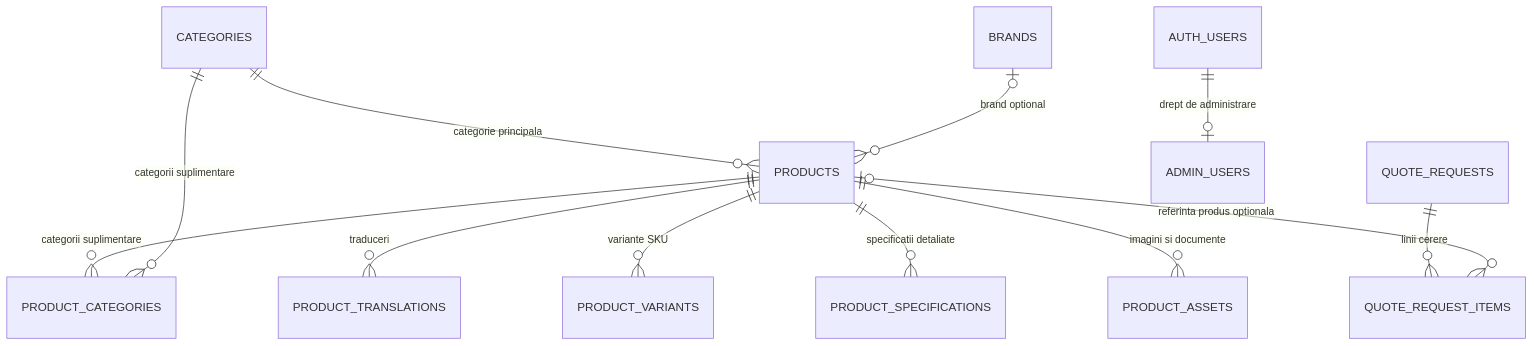
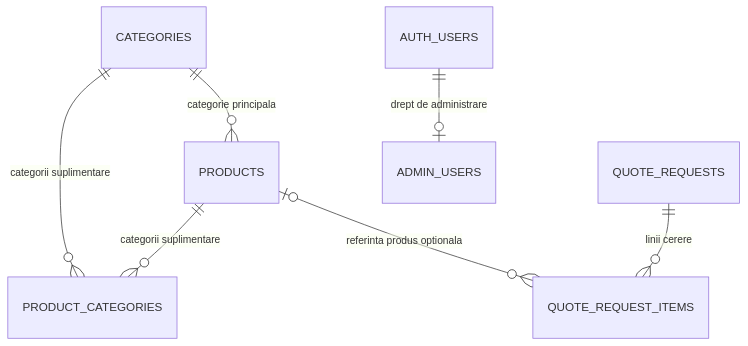
Before and after one commit to alin1948s/mondo-romania: the diagram in docs/data-model.md, drawn with Mermaid. The commit also changed other lines of this file and 5 other files, not shown here.

Commit message:
Simplify catalog database schema

````diff
--- a/docs/data-model.md
+++ b/docs/data-model.md
@@ -5,14 +5,9 @@
 ```mermaid
 erDiagram
   CATEGORIES ||--o{ PRODUCTS : "categorie principala"
   PRODUCTS ||--o{ PRODUCT_CATEGORIES : "categorii suplimentare"
   CATEGORIES ||--o{ PRODUCT_CATEGORIES : "categorii suplimentare"
-  BRANDS o|--o{ PRODUCTS : "brand optional"
-  PRODUCTS ||--o{ PRODUCT_TRANSLATIONS : "traduceri"
-  PRODUCTS ||--o{ PRODUCT_VARIANTS : "variante SKU"
-  PRODUCTS ||--o{ PRODUCT_SPECIFICATIONS : "specificatii detaliate"
-  PRODUCTS ||--o{ PRODUCT_ASSETS : "imagini si documente"
   QUOTE_REQUESTS ||--o{ QUOTE_REQUEST_ITEMS : "linii cerere"
   PRODUCTS o|--o{ QUOTE_REQUEST_ITEMS : "referinta produs optionala"
   AUTH_USERS ||--o| ADMIN_USERS : "drept de administrare"
 ```
````
